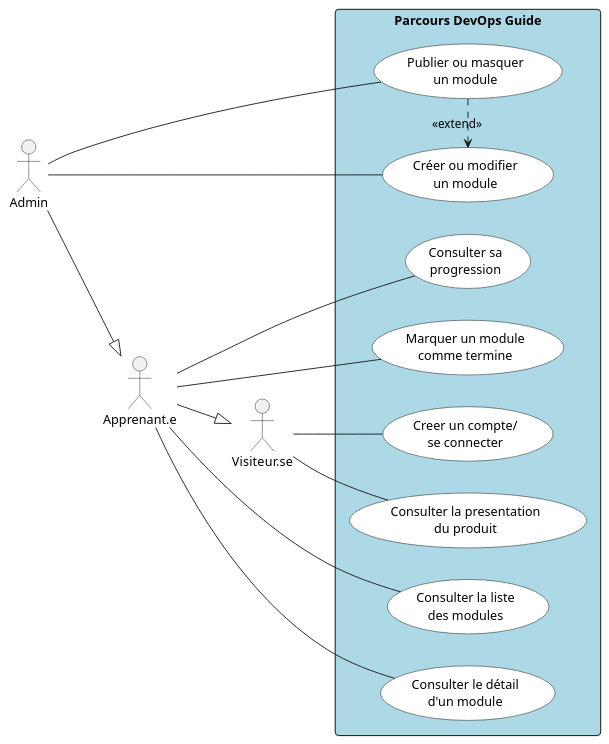
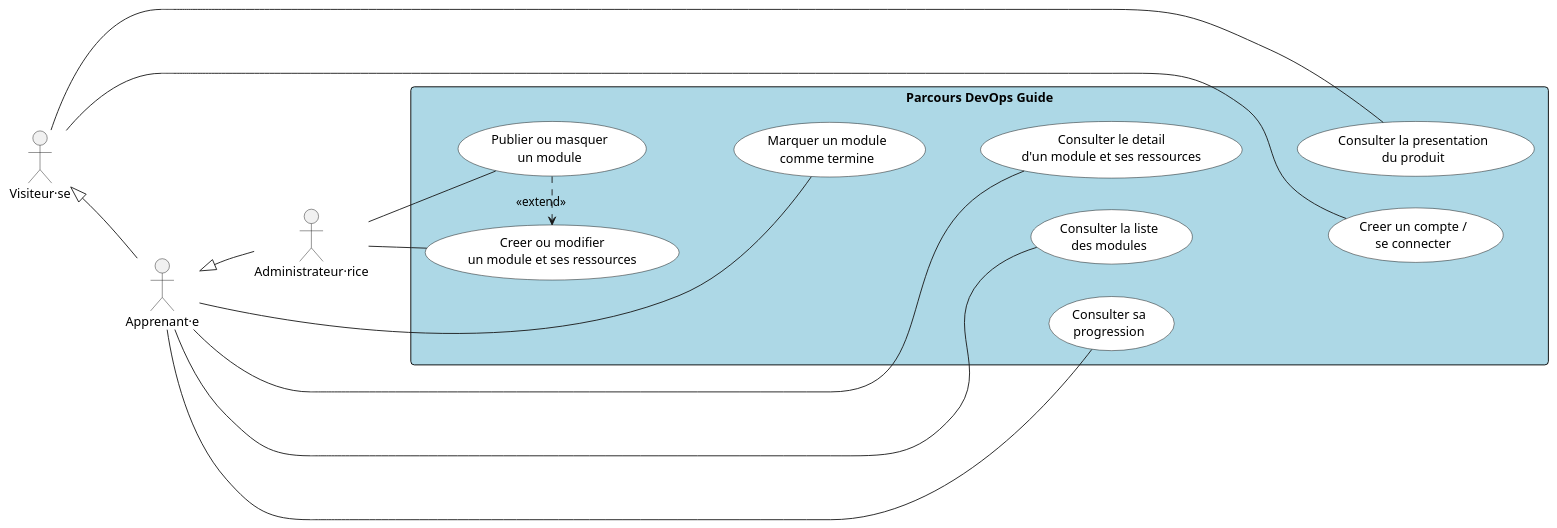
Before and after one commit to Khadija-diop/Projet-chef-d-uvre-MicroSaaS: the diagram in docs/diagrams/use-case.puml, drawn with PlantUML. The commit also changed 21 other files, not shown here.

Commit message:
docs: add data model diagrams

```diff
--- a/docs/diagrams/use-case.puml
+++ b/docs/diagrams/use-case.puml
@@ -1,52 +1,76 @@
 @startuml
 left to right direction
 skinparam shadowing false
 skinparam packageStyle rectangle
 
 skinparam rectangle {
   BackgroundColor #ADD8E6
   BorderColor Black
   RoundCorner 8
 }
 skinparam usecase {
   BackgroundColor White
   BorderColor Black
   FontColor Black
 }
 skinparam actor {
   FontColor Black
 }
-actor "Admin" as Admin
-actor "Apprenant.e" as Learner
-actor "Visiteur.se" as Visitor
+
+' Acteurs (cf. docs/SPECS.md §3)
+actor "Visiteur·se" as Visitor
+actor "Apprenant·e" as Learner
+actor "Administrateur·rice" as Admin
+
+' Pile verticale a gauche : Visiteur·se (haut) → Apprenant·e → Administrateur·rice (bas)
+Visitor -[hidden]down- Learner
+Learner -[hidden]down- Admin
 
 rectangle "Parcours DevOps Guide" {
-  usecase "Publier ou masquer\nun module" as UC8
-  usecase "Créer ou modifier\nun module" as UC7
+  ' --- USERS : acquisition de compte ---
+  usecase "Creer un compte /\nse connecter" as UC2
+  usecase "Consulter la presentation\ndu produit" as UC1
 
+  ' --- MODULES + RESOURCES : parcours apprenant·e ---
+  usecase "Consulter la liste\ndes modules" as UC3
+  usecase "Consulter le detail\nd'un module et ses ressources" as UC4
 
-  usecase "Consulter la liste\ndes modules" as UC3
-  usecase "Consulter le détail\nd'un module" as UC4
+  ' --- PROGRESS : suivi individuel ---
   usecase "Consulter sa\nprogression" as UC6
   usecase "Marquer un module\ncomme termine" as UC5
 
-    usecase "Creer un compte/\nse connecter" as UC2
-  usecase "Consulter la presentation\ndu produit" as UC1
+  ' --- MODULES + RESOURCES : administration ---
+  usecase "Creer ou modifier\nun module et ses ressources" as UC7
+  usecase "Publier ou masquer\nun module" as UC8
+
+  ' Disposition interne proche du schema de reference
+  UC2 -[hidden]right- UC1
+  UC3 -[hidden]down- UC2
+  UC4 -[hidden]right- UC3
+  UC6 -[hidden]right- UC4
+  UC5 -[hidden]down- UC4
+  UC8 -[hidden]down- UC5
+  UC7 -[hidden]right- UC8
 }
 
+' Visiteur·se
+Visitor -- UC1
+Visitor -- UC2
 
-
+' Apprenant·e (herite des cas visiteur·se via generalisation)
 Learner -- UC3
 Learner -- UC4
+Learner -- UC5
 Learner -- UC6
-Learner -- UC5
 
+' Administrateur·rice (herite des cas apprenant·e)
+Admin -- UC7
 Admin -- UC8
-Admin -- UC7
-Visitor -- UC2
-Visitor -- UC1
-Learner --|> Visitor
-Admin --|> Learner
 
+Visitor <|-- Learner
+Learner <|-- Admin
+
+' Publier/masquer suppose un module deja cree ou modifie
 UC8 .> UC7 : <<extend>>
+
 @enduml
```
